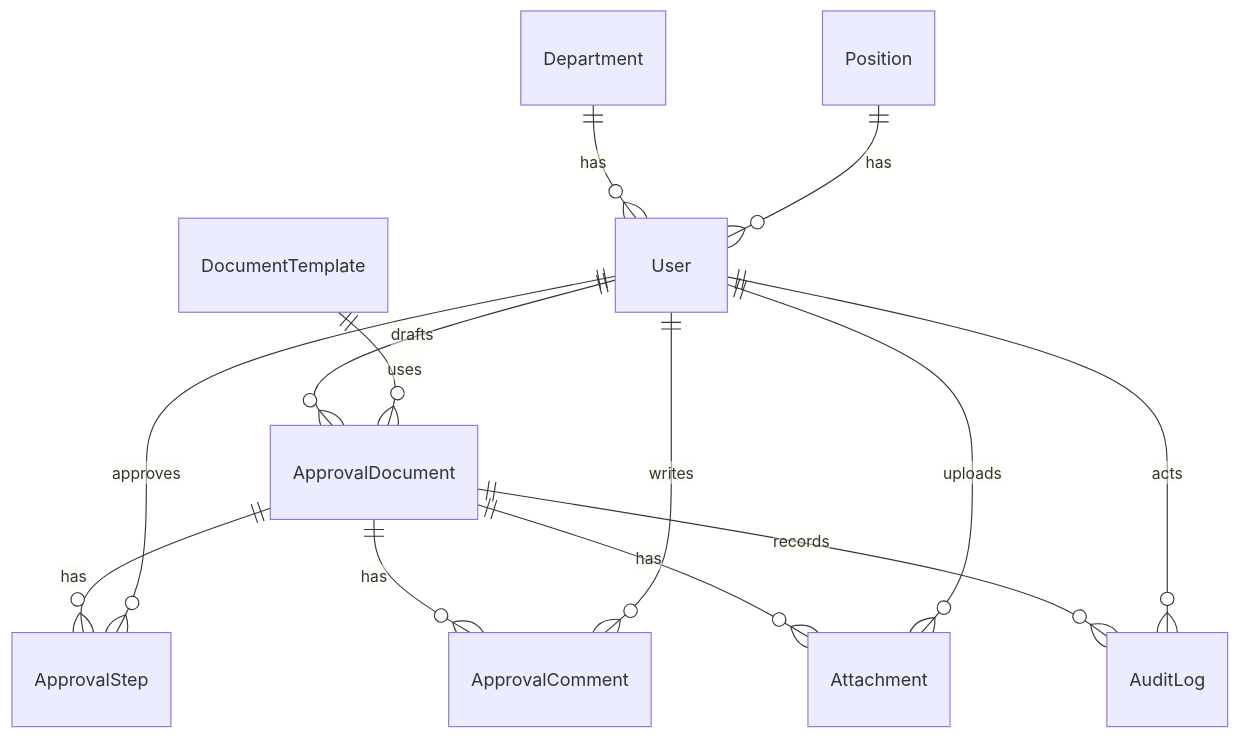
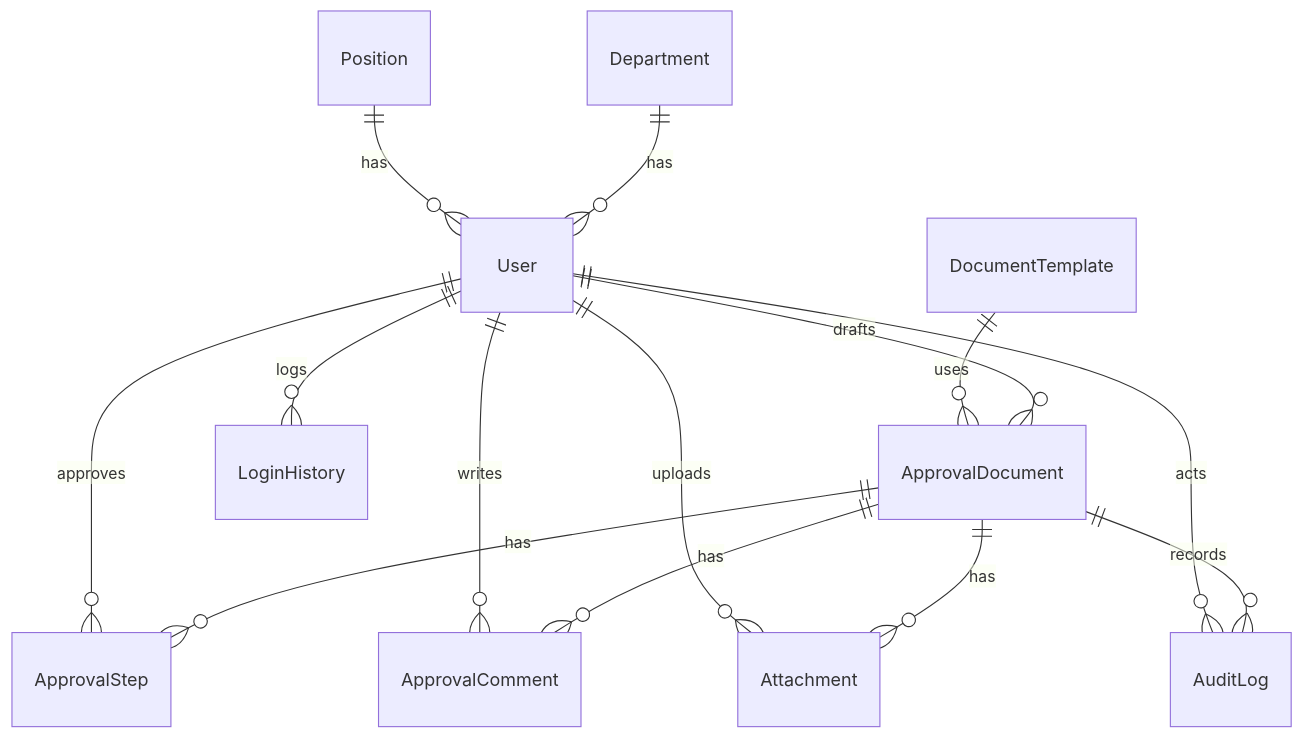
One commit to frontierverse/e-approval-system changed the first of 2 diagrams in docs/data-model.md. Above: the diagram before and after it, drawn with Mermaid. The commit also changed other lines of this file and 14 other files, not shown here.

Commit message:
Add admin login history tracking

````diff
--- a/docs/data-model.md
+++ b/docs/data-model.md
@@ -15,15 +16,16 @@
 ```mermaid
 erDiagram
   Department ||--o{ User : has
   Position ||--o{ User : has
   User ||--o{ ApprovalDocument : drafts
   DocumentTemplate ||--o{ ApprovalDocument : uses
   ApprovalDocument ||--o{ ApprovalStep : has
   ApprovalDocument ||--o{ ApprovalComment : has
   ApprovalDocument ||--o{ Attachment : has
   ApprovalDocument ||--o{ AuditLog : records
   User ||--o{ ApprovalStep : approves
   User ||--o{ ApprovalComment : writes
   User ||--o{ Attachment : uploads
   User ||--o{ AuditLog : acts
+  User ||--o{ LoginHistory : logs
 ```
````
